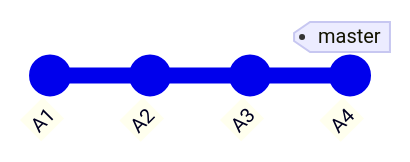
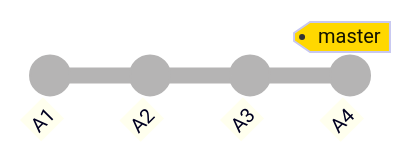
One commit to antoniopantaleo/antoniopantaleo.github.io changed the first of 6 diagrams in content/blog/git-is-base.md. Above: the diagram before and after it, drawn with Mermaid. The commit also changed other lines of this file, not shown here.

Commit message:
fix(blog): change git graph colors and small text improvements

````diff
--- a/content/blog/git-is-base.md
+++ b/content/blog/git-is-base.md
@@ -24,18 +24,29 @@
 ```mermaid
 %%{
     init: { 
+        'themeVariables': {
+          'tagLabelBackground': '#FFD800',
+          'git0': '#B5B4B4',
+          'git1': '#B5B4B4',
+          'git2': '#B5B4B4',
+          'git3': '#B5B4B4',
+          'git4': '#B5B4B4',
+          'git5': '#B5B4B4',
+          'git6': '#B5B4B4',
+          'git7': '#B5B4B4'
+        },
         'gitGraph': {
             'showBranches': false,
             'mainBranchName': 'master',
             'rotateCommitLabel': true,
             'showCommitLabel': true,
             'parallelCommits': true
         }
     }
 }%%
 gitGraph
 commit id: "A1"
 commit id: "A2"
 commit id: "A3"
 commit id: "A4" tag: "master"
 ```
````
